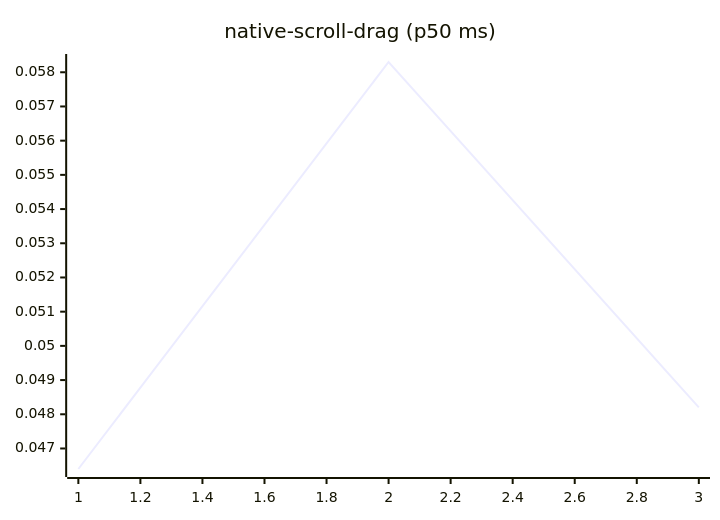
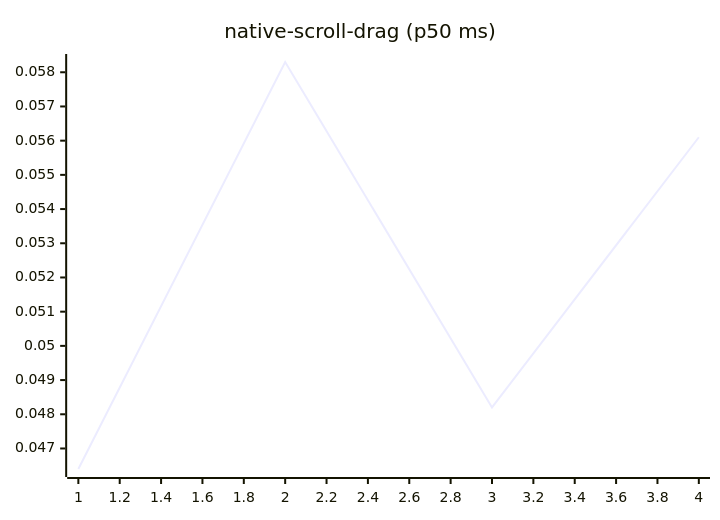
Diagram 14 of 27 in README.md (josha/Facet), drawn with Mermaid before and after one commit. The commit also changed other lines of this file and 2 other files, not shown here.

````diff
--- a/README.md
+++ b/README.md
@@ -154,6 +154,6 @@
 ```mermaid
 xychart-beta
     title "native-scroll-drag (p50 ms)"
-    x-axis 1 --> 3
-    line [0.0464, 0.0583, 0.0482]
+    x-axis 1 --> 4
+    line [0.0464, 0.0583, 0.0482, 0.0561]
 ```
````
